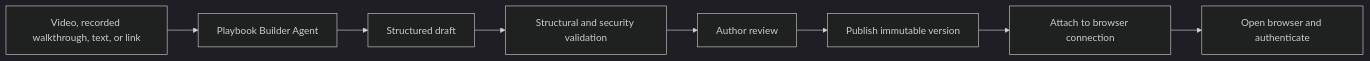
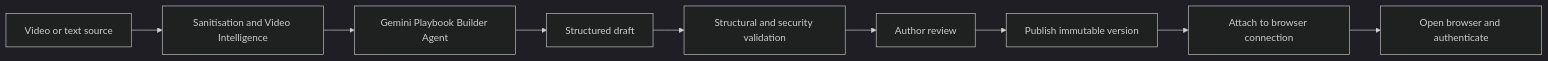
The first of 4 diagrams in firekey.md (chigozzdevv/uumi), drawn with Mermaid (dark theme) before and after one commit. The commit also changed other lines of this file and 1 other file, not shown here.

Commit message:
refactor: align platform architecture

````diff
--- a/firekey.md
+++ b/firekey.md
@@ -506,10 +491,11 @@
 ```mermaid
 flowchart LR
-    A["Video, recorded walkthrough, text, or link"] --> B["Playbook Builder Agent"]
-    B --> C["Structured draft"]
-    C --> D["Structural and security validation"]
-    D --> E["Author review"]
-    E --> F["Publish immutable version"]
-    F --> G["Attach to browser connection"]
-    G --> H["Open browser and authenticate"]
+    A["Video or text source"] --> B["Sanitisation and Video Intelligence"]
+    B --> C["Gemini Playbook Builder Agent"]
+    C --> D["Structured draft"]
+    D --> E["Structural and security validation"]
+    E --> F["Author review"]
+    F --> G["Publish immutable version"]
+    G --> H["Attach to browser connection"]
+    H --> I["Open browser and authenticate"]
 ```
````
